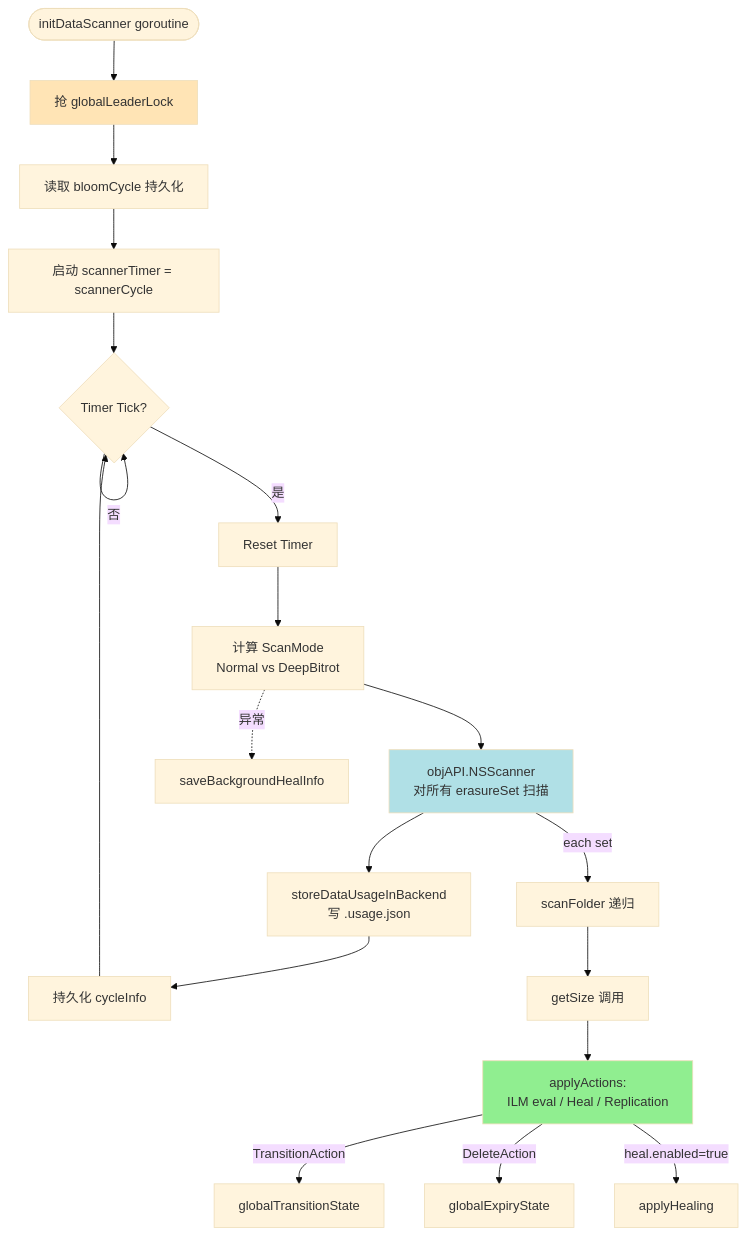
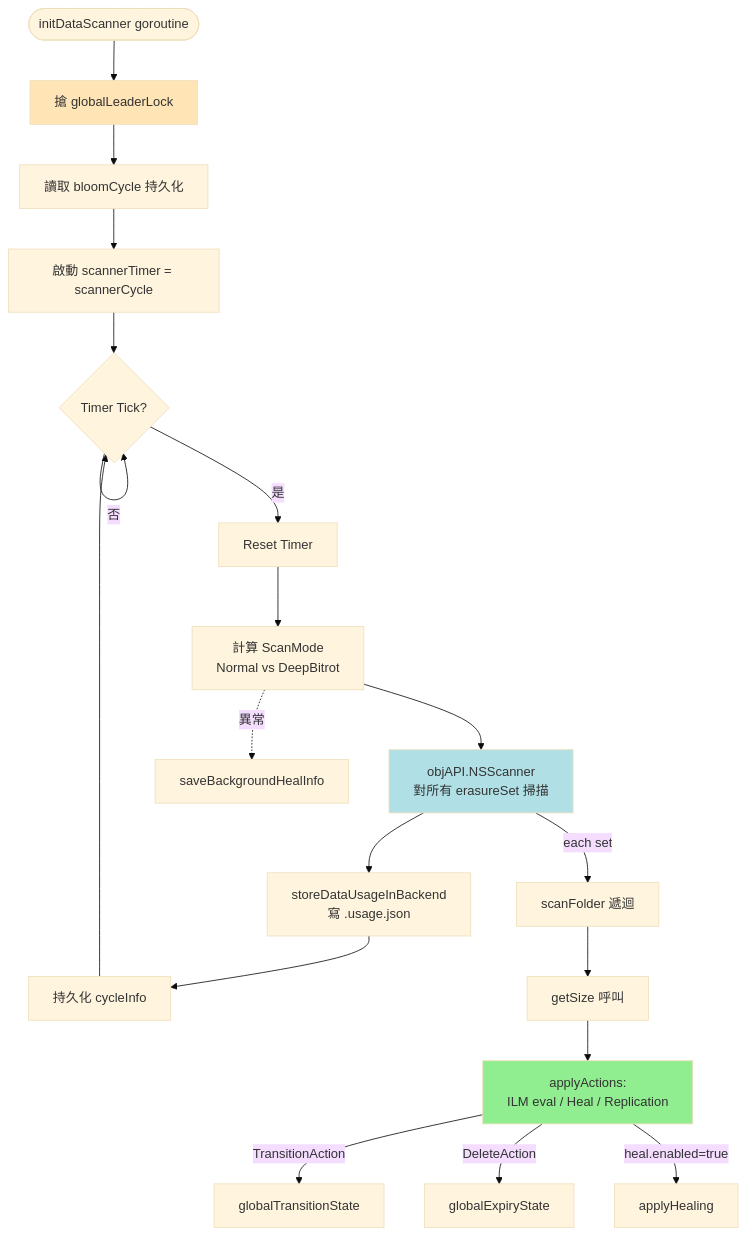
The first of 5 diagrams in repo-analysis/drafts/06-module-scanner-ilm.md (cysu01/minio), drawn with Mermaid (base theme) before and after one commit. The commit also changed other lines of this file and 14 other files, not shown here.

````diff
--- a/repo-analysis/drafts/06-module-scanner-ilm.md
+++ b/repo-analysis/drafts/06-module-scanner-ilm.md
@@ -86,25 +86,25 @@
 ```mermaid
 flowchart TB
-    Start([initDataScanner goroutine]) --> Lock[抢 globalLeaderLock]
-    Lock --> Load[读取 bloomCycle 持久化]
-    Load --> Timer[启动 scannerTimer = scannerCycle]
+    Start([initDataScanner goroutine]) --> Lock[搶 globalLeaderLock]
+    Lock --> Load[讀取 bloomCycle 持久化]
+    Load --> Timer[啟動 scannerTimer = scannerCycle]
     Timer --> Tick{Timer Tick?}
     Tick -->|否| Tick
     Tick -->|是| Reset[Reset Timer]
-    Reset --> Mode[计算 ScanMode<br/>Normal vs DeepBitrot]
-    Mode --> NSScan[objAPI.NSScanner<br/>对所有 erasureSet 扫描]
-    NSScan --> Store[storeDataUsageInBackend<br/>写 .usage.json]
+    Reset --> Mode[計算 ScanMode<br/>Normal vs DeepBitrot]
+    Mode --> NSScan[objAPI.NSScanner<br/>對所有 erasureSet 掃描]
+    NSScan --> Store[storeDataUsageInBackend<br/>寫 .usage.json]
     Store --> Save[持久化 cycleInfo]
     Save --> Tick
-    Mode -.异常.-> SaveHealInfo[saveBackgroundHealInfo]
-    NSScan -->|each set| Folder[scanFolder 递归]
-    Folder --> getSize[getSize 调用]
+    Mode -.異常.-> SaveHealInfo[saveBackgroundHealInfo]
+    NSScan -->|each set| Folder[scanFolder 遞迴]
+    Folder --> getSize[getSize 呼叫]
     getSize --> ApplyActions[applyActions:<br/>ILM eval / Heal / Replication]
     ApplyActions -->|TransitionAction| TransQueue[globalTransitionState]
     ApplyActions -->|DeleteAction| ExpQueue[globalExpiryState]
     ApplyActions -->|heal.enabled=true| HealAPI[applyHealing]
 
     style Lock fill:#ffe4b5
     style NSScan fill:#b0e0e6
     style ApplyActions fill:#90ee90
 ```
````
